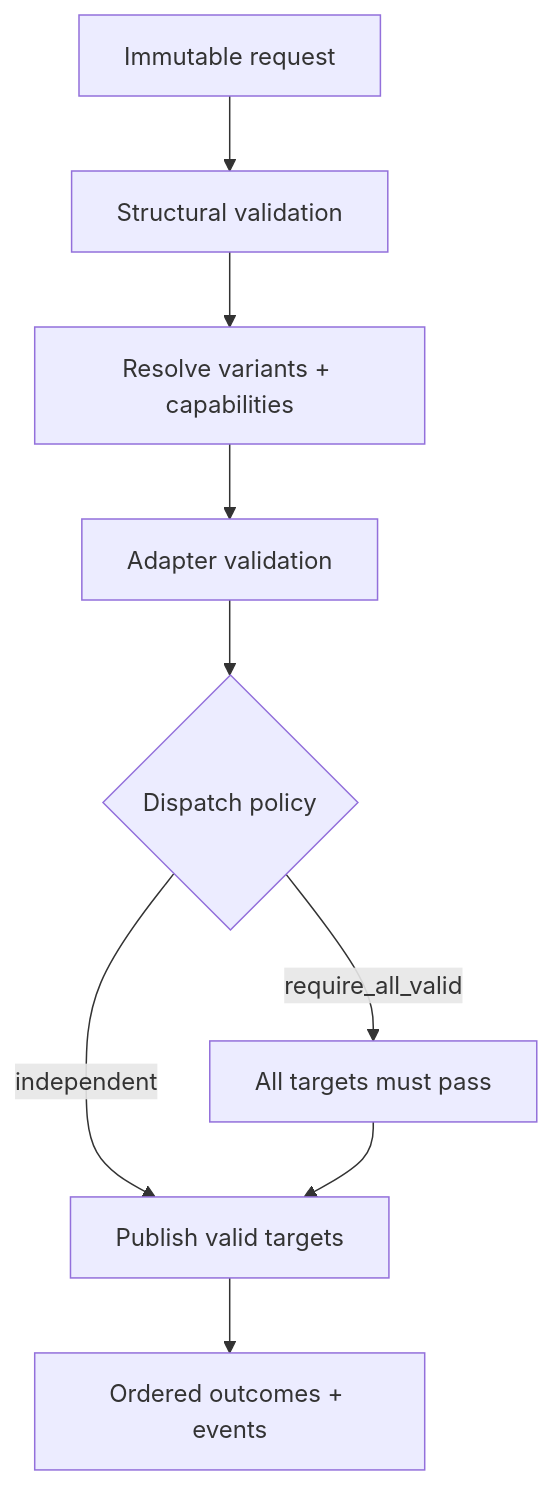
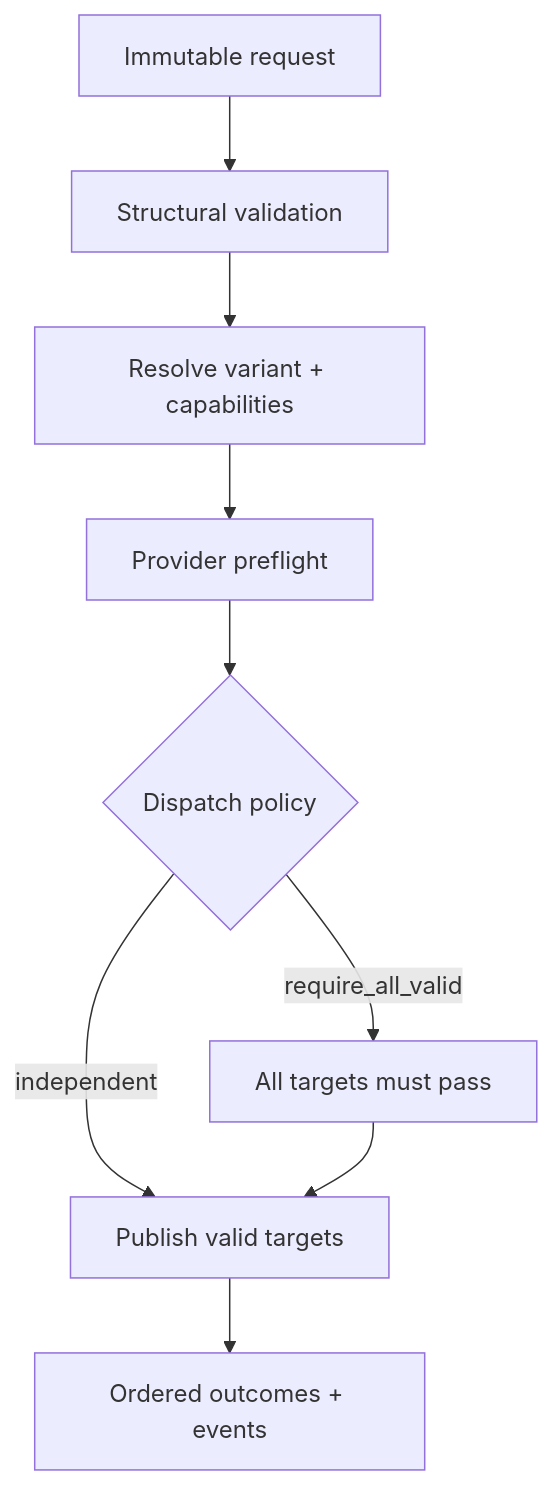
The second of 2 diagrams in docs/architecture.md (aiaiaiai-tech/prism), drawn with Mermaid before and after one commit. The commit also changed other lines of this file and 12 other files, not shown here.

````diff
--- a/docs/architecture.md
+++ b/docs/architecture.md
@@ -56,11 +43,11 @@
 ```mermaid
 flowchart TD
     Input["Immutable request"] --> Structure["Structural validation"]
-    Structure --> Preflight["Resolve variants + capabilities"]
-    Preflight --> Adapter["Adapter validation"]
+    Structure --> Preflight["Resolve variant + capabilities"]
+    Preflight --> Adapter["Provider preflight"]
     Adapter --> Policy{"Dispatch policy"}
     Policy -->|require_all_valid| Gate["All targets must pass"]
     Policy -->|independent| Publish["Publish valid targets"]
     Gate --> Publish
     Publish --> Report["Ordered outcomes + events"]
 ```
````
